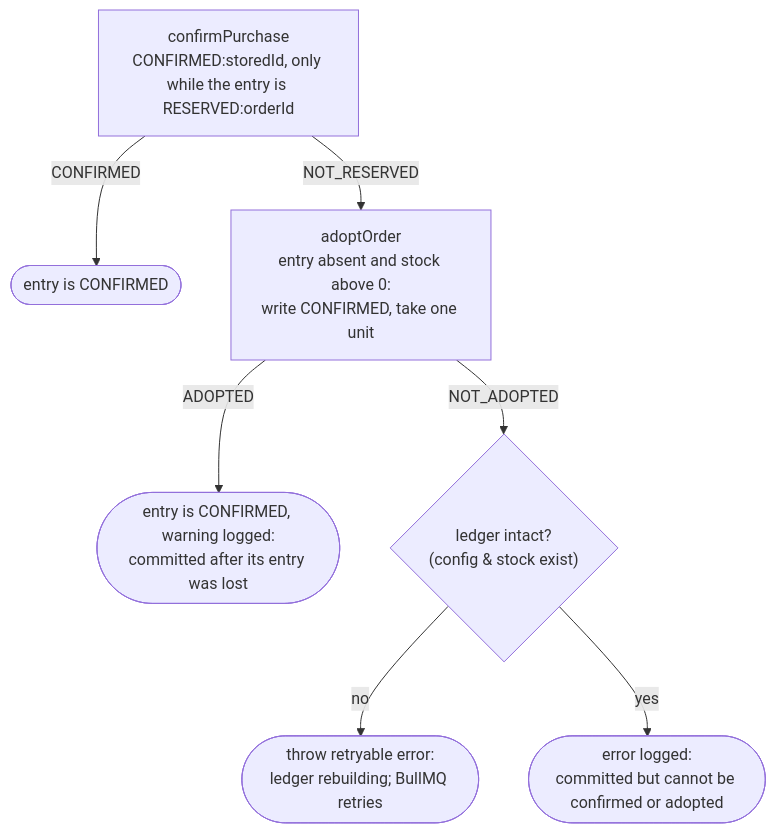
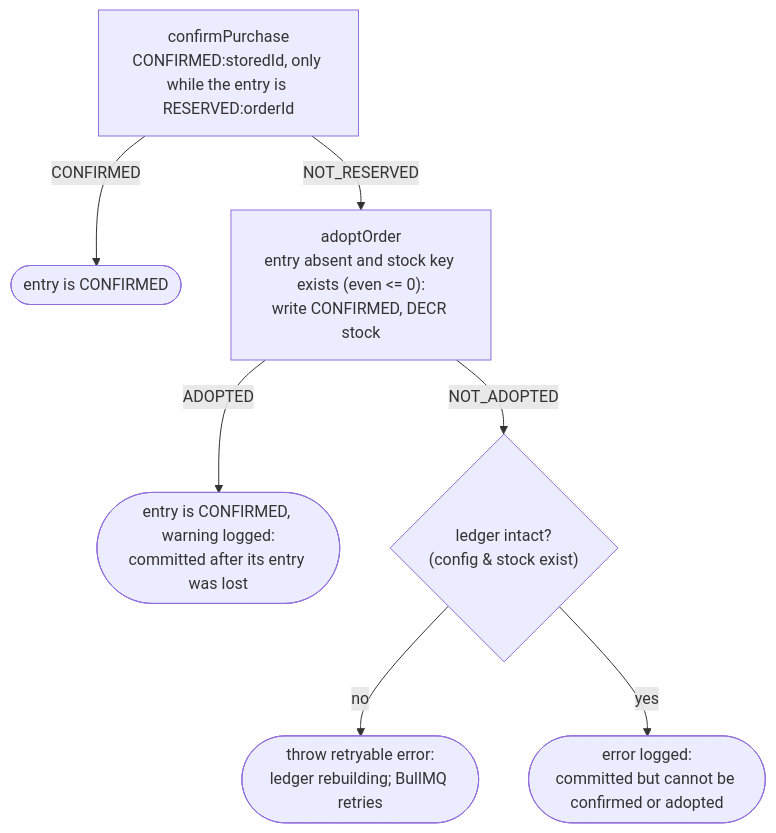
One commit to minhhieple97/flash-sale-system changed the fifth of 9 diagrams in docs/purchase-flow.md. Above: the diagram before and after it, drawn with Mermaid. The commit also changed other lines of this file and 9 other files, not shown here.

Commit message:
docs: condense README and sync architecture, fault-tolerance, and benchmark docs

````diff
--- a/docs/purchase-flow.md
+++ b/docs/purchase-flow.md
@@ -135,9 +135,9 @@
 ```mermaid
 flowchart TD
     c["confirmPurchase<br/>CONFIRMED:storedId, only while the entry is RESERVED:orderId"] -- CONFIRMED --> done(["entry is CONFIRMED"])
-    c -- NOT_RESERVED --> a["adoptOrder<br/>entry absent and stock above 0:<br/>write CONFIRMED, take one unit"]
+    c -- NOT_RESERVED --> a["adoptOrder<br/>entry absent and stock key exists (even <= 0):<br/>write CONFIRMED, DECR stock"]
     a -- ADOPTED --> warn(["entry is CONFIRMED, warning logged:<br/>committed after its entry was lost"])
     a -- NOT_ADOPTED --> intact{"ledger intact?<br/>(config & stock exist)"}
     intact -- no --> retry(["throw retryable error:<br/>ledger rebuilding; BullMQ retries"])
     intact -- yes --> err(["error logged:<br/>committed but cannot be confirmed or adopted"])
 ```
````
